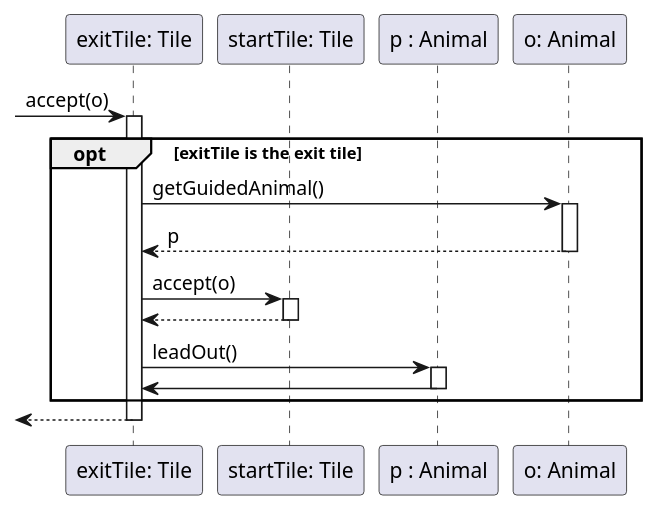
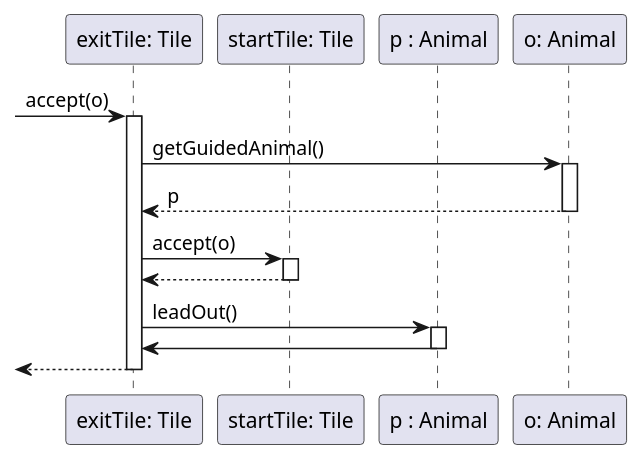
The diagram in diagrams/SequenceDiagram_Orangutan_leadsPandasOut.puml (bokovhu/software-project-laboratory-assignment), drawn with PlantUML before and after one commit. The commit also changed 4 other files, not shown here.

Commit message:
some seq diagrams

```diff
--- a/diagrams/SequenceDiagram_Orangutan_leadsPandasOut.puml
+++ b/diagrams/SequenceDiagram_Orangutan_leadsPandasOut.puml
@@ -1,23 +1,23 @@
 @startuml
 participant "exitTile: Tile" as exit
 participant "startTile: Tile" as entry
 participant "p : Animal" as p
 participant "o: Animal" as o
 
 [-> exit : accept(o)
 activate exit
-opt exitTile is the exit tile
+
 exit -> o ++ : getGuidedAnimal()
 o --> exit -- : p
 
 exit -> entry ++ : accept(o)
 entry --> exit -- :
 
 exit -> p ++ : leadOut()
 p -> exit --
-end
+
 
 [<--exit
 deactivate exit
 
 @enduml
```
